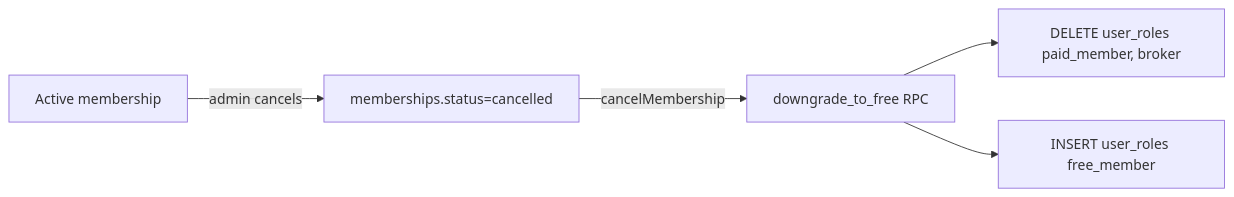
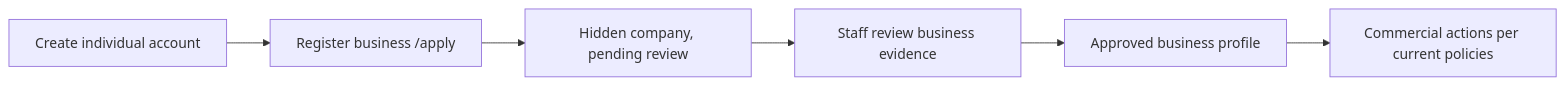
One commit to arka97/mddma-test changed the diagram in supabase/functions/get-internal-doc/content/12-money-and-membership.md. Above: the diagram before and after it, drawn with Mermaid. The commit also changed other lines of this file and 28 other files, not shown here.

````diff
--- a/supabase/functions/get-internal-doc/content/12-money-and-membership.md
+++ b/supabase/functions/get-internal-doc/content/12-money-and-membership.md
@@ -84,7 +13,8 @@
 ```mermaid
 flowchart LR
-  A[Active membership] -->|admin cancels| B[memberships.status=cancelled]
-  B -->|cancelMembership| C[downgrade_to_free RPC]
-  C --> D[DELETE user_roles paid_member, broker]
-  C --> E[INSERT user_roles free_member]
+  Account[Create individual account] --> Apply[Register business /apply]
+  Apply --> Pending[Hidden company, pending review]
+  Pending --> Review[Staff review business evidence]
+  Review --> Business[Approved business profile]
+  Business --> Access[Commercial actions per current policies]
 ```
````
